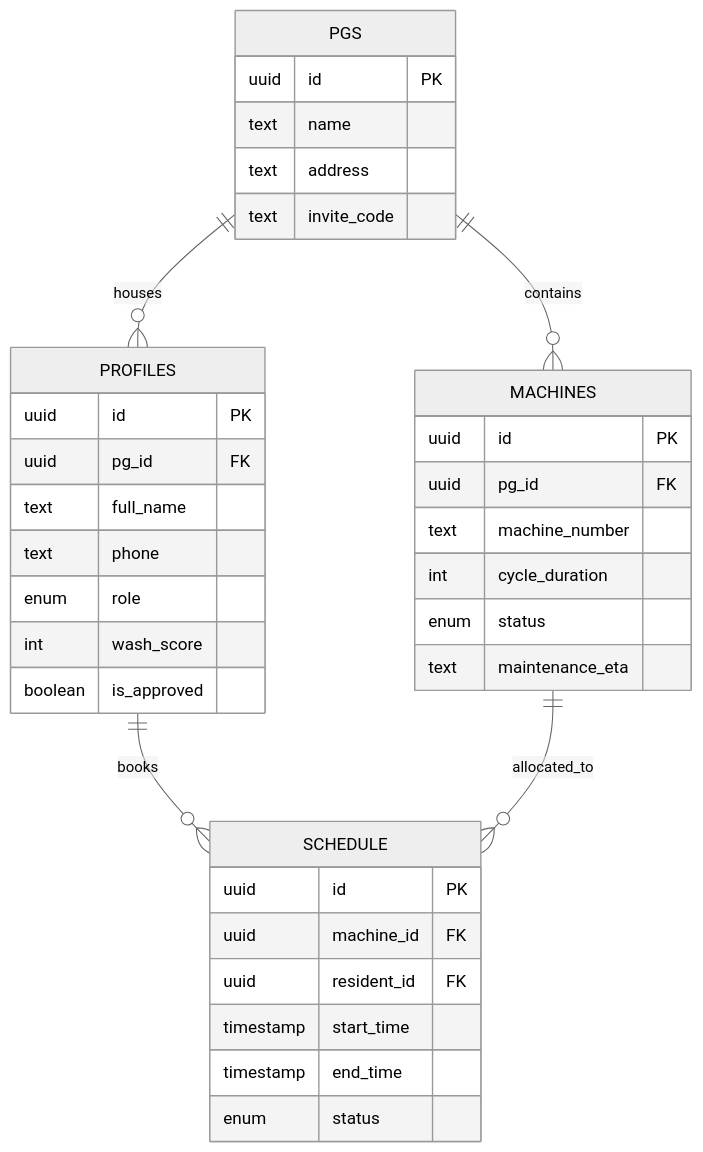
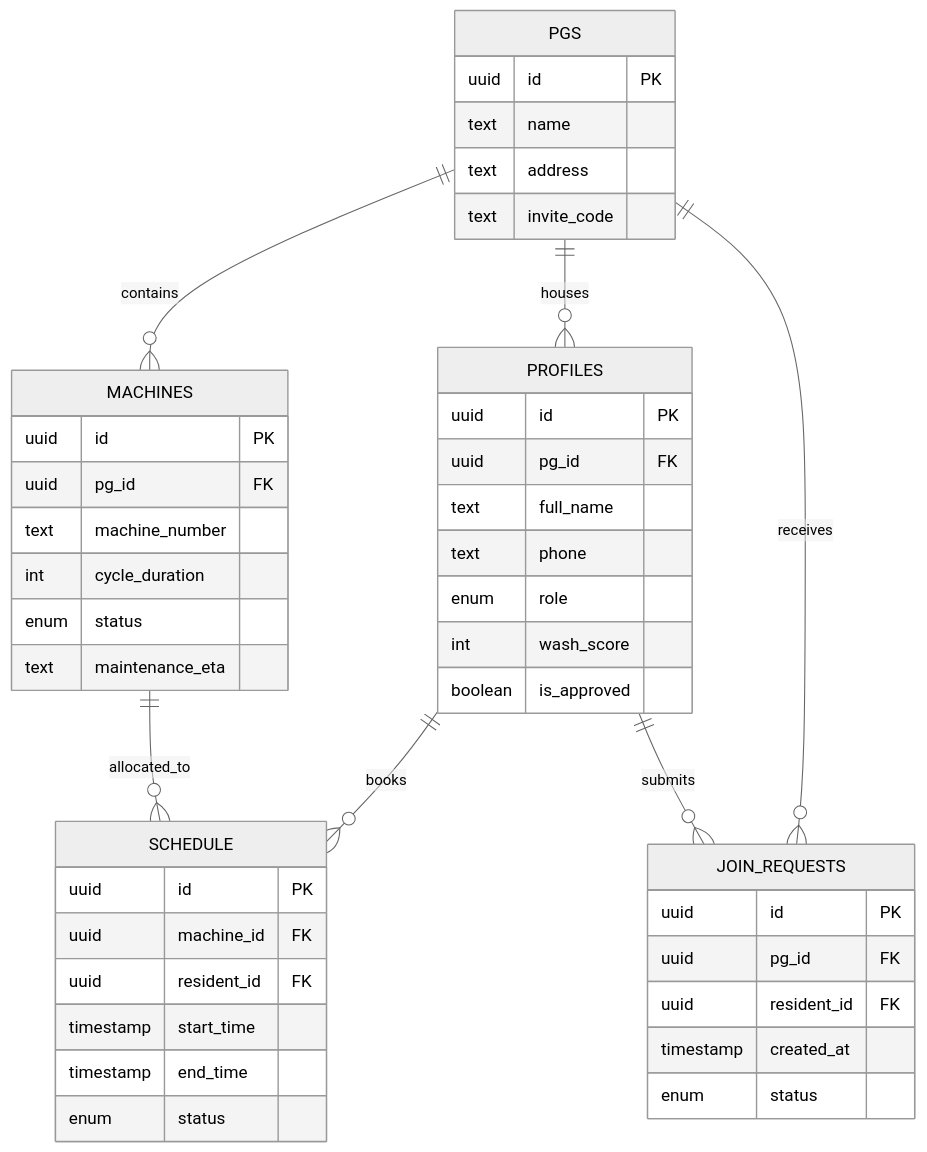
One commit to YashodharChavan/rinse changed the diagram in README.md. Above: the diagram before and after it, drawn with Mermaid (neutral theme). The commit also changed other lines of this file, not shown here.

Commit message:
chore: corrected the schema showing in README.md file

````diff
--- a/README.md
+++ b/README.md
@@ -159,43 +173,53 @@
 ```mermaid
 erDiagram
     PGS ||--o{ PROFILES : "houses"
     PGS ||--o{ MACHINES : "contains"
+    PGS ||--o{ JOIN_REQUESTS : "receives"
     PROFILES ||--o{ SCHEDULE : "books"
+    PROFILES ||--o{ JOIN_REQUESTS : "submits"
     MACHINES ||--o{ SCHEDULE : "allocated_to"
 
     PGS {
         uuid id PK
         text name
         text address
         text invite_code
     }
     
     PROFILES {
         uuid id PK
         uuid pg_id FK
         text full_name
         text phone
         enum role
         int wash_score
         boolean is_approved
     }
     
     MACHINES {
         uuid id PK
         uuid pg_id FK
         text machine_number
         int cycle_duration
         enum status
         text maintenance_eta
     }
     
     SCHEDULE {
         uuid id PK
         uuid machine_id FK
         uuid resident_id FK
         timestamp start_time
         timestamp end_time
         enum status
     }
+    
+    JOIN_REQUESTS {
+        uuid id PK
+        uuid pg_id FK
+        uuid resident_id FK
+        timestamp created_at
+        enum status
+    }
 
    ```
````
